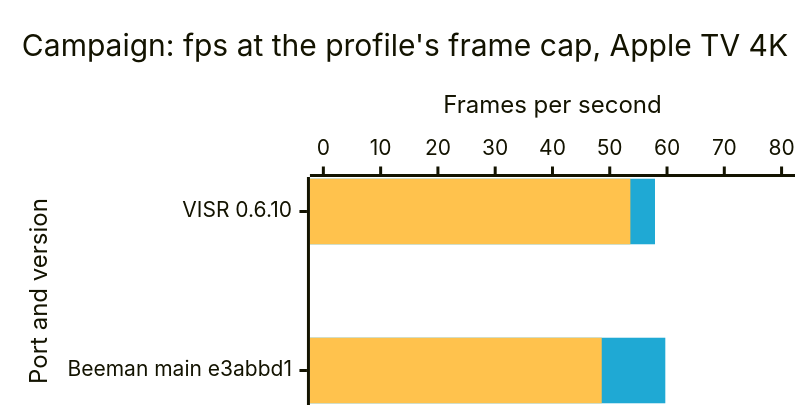
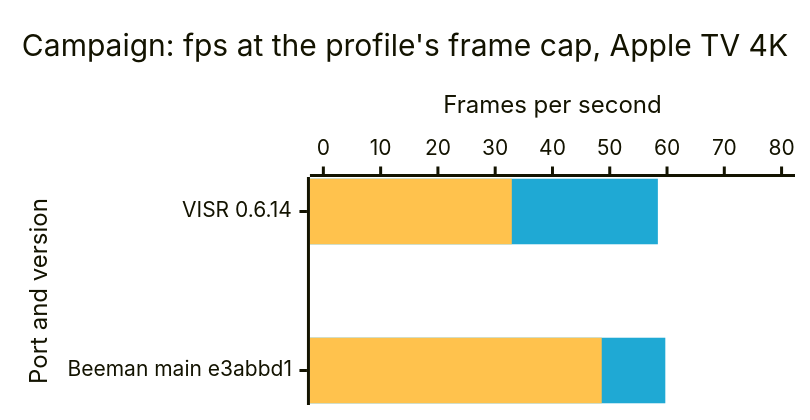
One commit to VISR-CE/visr changed the sixth of 8 diagrams in docs/benchmarks.md. Above: the diagram before and after it, drawn with Mermaid. The commit also changed other lines of this file and 3 other files, not shown here.

````diff
--- a/docs/benchmarks.md
+++ b/docs/benchmarks.md
@@ -168,17 +168,17 @@
 ```mermaid
 ---
 config:
   xyChart:
     width: 520
     height: 260
   themeVariables:
     xyChart:
       plotColorPalette: "#1fa9d4, #ffc24d"
 ---
 xychart-beta horizontal
     title "Campaign: fps at the profile's frame cap, Apple TV 4K"
-    x-axis "Port and version" ["VISR 0.6.10", "Beeman main e3abbd1"]
+    x-axis "Port and version" ["VISR 0.6.14", "Beeman main e3abbd1"]
     y-axis "Frames per second" 0 --> 80
-    bar [57.9, 59.7]
-    bar [53.6, 48.6]
+    bar [58.4, 59.7]
+    bar [32.9, 48.6]
 ```
````
